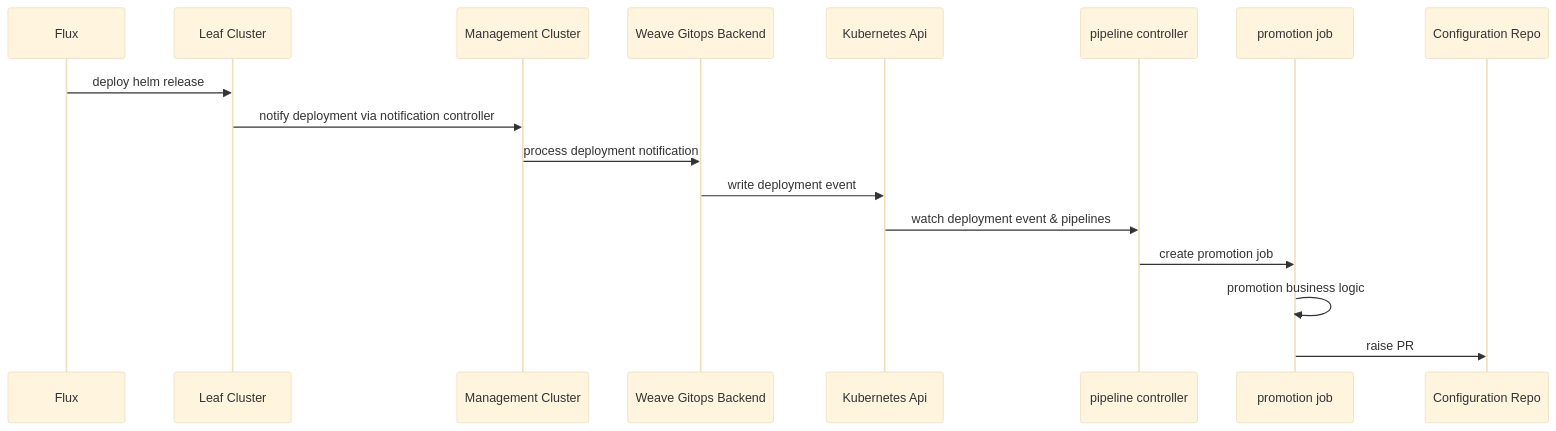
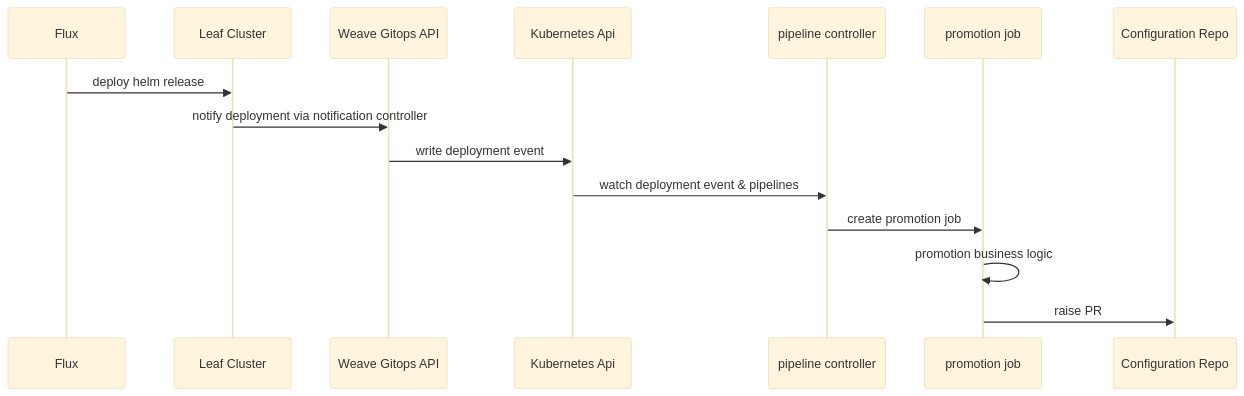
Before and after one commit to weaveworks/weave-gitops-private: the third of 4 diagrams in docs/rfcs/0003-pipelines-promotion/README.md, drawn with Mermaid (base theme). The commit also changed other lines of this file, not shown here.

````diff
--- a/docs/rfcs/0003-pipelines-promotion/README.md
+++ b/docs/rfcs/0003-pipelines-promotion/README.md
@@ -176,19 +175,17 @@
 ```mermaid
    sequenceDiagram
     participant F as Flux
     participant LC as Leaf Cluster
-    participant MC as Management Cluster
     F->>LC: deploy helm release
-    LC->>MC: notify deployment via notification controller    
-    MC->>WGE: process deployment notification
-    participant WGE as Weave Gitops Backend
+    LC->>WGE: notify deployment via notification controller    
+    participant WGE as Weave Gitops API
     participant k8s as Kubernetes Api
     WGE->>k8s: write deployment event
     participant pc as pipeline controller
     k8s->>pc: watch deployment event & pipelines
     pc->>pj: create promotion job
     participant pj as promotion job
     pj->>pj: promotion business logic
     pj->>configRepo: raise PR
     participant configRepo as Configuration Repo
 ```
````
